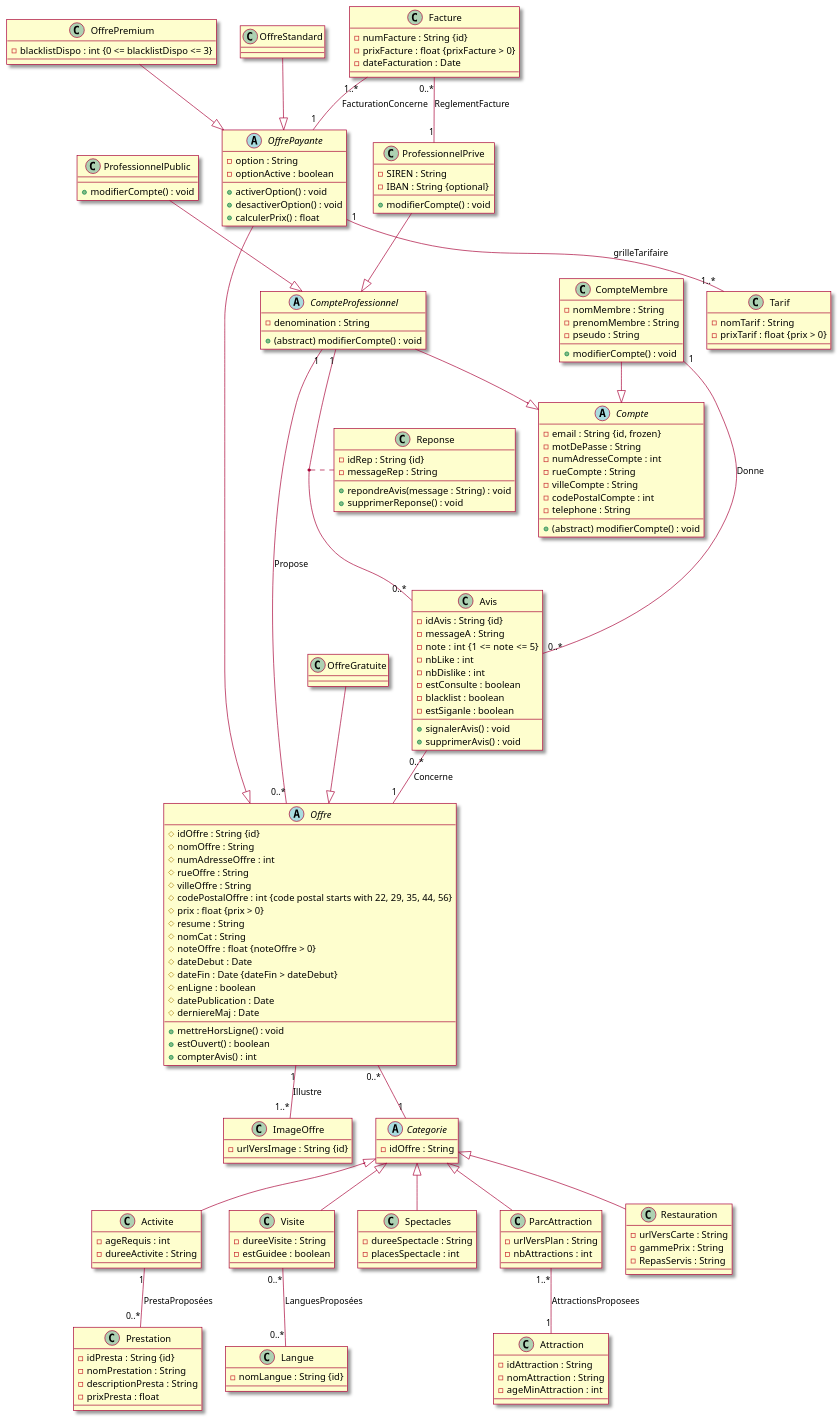
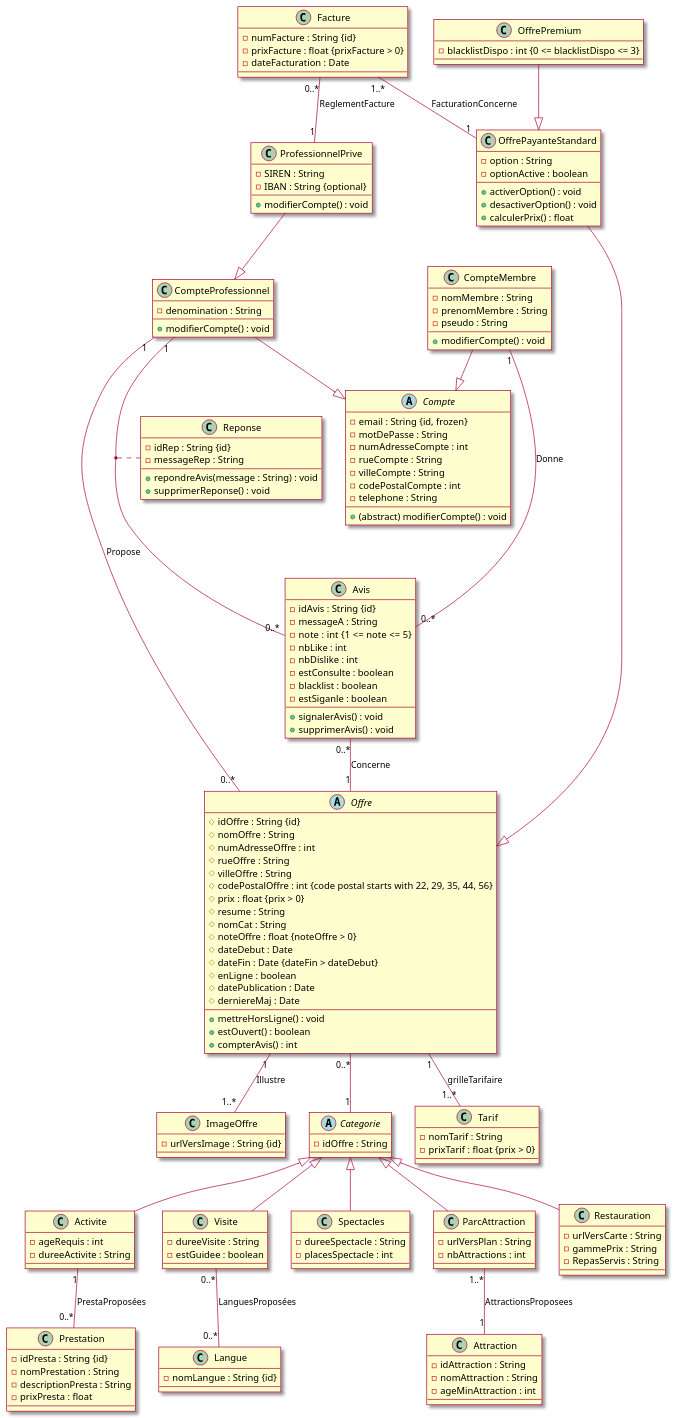
Before and after one commit to ArianeGL/c1.2-srfc: the diagram in bdd/uml.puml, drawn with PlantUML. The commit also changed 1 other file, not shown here.

Commit message:
removed ProfessionnelPublic & OffreStandard

```diff
--- a/bdd/uml.puml
+++ b/bdd/uml.puml
@@ -1,198 +1,188 @@
 @startuml
 
 skin rose
 
 abstract class Compte {
   - email : String {id, frozen}
   - motDePasse : String
   - numAdresseCompte : int
   - rueCompte : String
   - villeCompte : String
   - codePostalCompte : int
   - telephone : String
   +(abstract) modifierCompte() : void
 }
 
 class CompteMembre {
   - nomMembre : String
   - prenomMembre : String
   - pseudo : String
   + modifierCompte() : void
 }
 
 
-abstract class CompteProfessionnel {
+class CompteProfessionnel {
   - denomination : String
-  + (abstract) modifierCompte() : void
+  + modifierCompte() : void
 }
 
 class ProfessionnelPrive {
   - SIREN : String
   - IBAN : String {optional}
   + modifierCompte() : void
 }
 
-class ProfessionnelPublic {
-  + modifierCompte() : void
-}
-
-ProfessionnelPublic --|> CompteProfessionnel
 ProfessionnelPrive --|> CompteProfessionnel
 
 CompteMembre --|> Compte
 CompteProfessionnel --|> Compte
 
 abstract class Offre {
   # idOffre : String {id}
   # nomOffre : String
   # numAdresseOffre : int
   # rueOffre : String
   # villeOffre : String
   # codePostalOffre : int {code postal starts with 22, 29, 35, 44, 56}
   # prix : float {prix > 0}
   # resume : String
   # nomCat : String
   # noteOffre : float {noteOffre > 0}
   # dateDebut : Date
   # dateFin : Date {dateFin > dateDebut}
   # enLigne : boolean
   # datePublication : Date
   # derniereMaj : Date
   + mettreHorsLigne() : void
   + estOuvert() : boolean
   + compterAvis() : int
 }
 
 class ImageOffre {
   - urlVersImage : String {id}
 }
 
 Offre "1" -- "1..*" ImageOffre: Illustre
 
 abstract class Categorie {
   - idOffre : String
 }
 
 class Activite{
   - ageRequis : int
   - dureeActivite : String
 }
 
 class Prestation {
   - idPresta : String {id}
   - nomPrestation : String
   - descriptionPresta : String
   - prixPresta : float
 }
 
 Activite "1" -- "0..*" Prestation : PrestaProposées
 
 class Visite {
   - dureeVisite : String
   - estGuidee : boolean
 }
 
 class Langue {
   - nomLangue : String {id}
 }
 
 Visite "0..*" -- "0..*" Langue : LanguesProposées
 
 class Spectacles {
   - dureeSpectacle : String
   - placesSpectacle : int
   
 }
 
 class ParcAttraction {
   - urlVersPlan : String
   - nbAttractions : int
 }
 
 class Attraction {
   - idAttraction : String
   - nomAttraction : String
   - ageMinAttraction : int
 }
 
 ParcAttraction "1..*" -- "1" Attraction : AttractionsProposees
 
 class Restauration {
   - urlVersCarte : String
   - gammePrix : String
   - RepasServis : String
 }
 
 Categorie <|-- Activite
 Categorie <|-- Visite
 Categorie <|-- Spectacles
 Categorie <|-- ParcAttraction
 Categorie <|-- Restauration
 
 Offre "0..*" -- "1" Categorie
 
-abstract class OffrePayante {
+class OffrePayanteStandard {
   - option : String
   - optionActive : boolean
   + activerOption() : void
   + desactiverOption() : void
   + calculerPrix() : float
 }
 
 class Tarif {
   - nomTarif : String
   - prixTarif : float {prix > 0}
 }
 
-OffrePayante "1" -- "1..*" Tarif : grilleTarifaire
+Offre "1" -- "1..*" Tarif : grilleTarifaire
 
-class OffreGratuite
 
 class OffrePremium {
   - blacklistDispo : int {0 <= blacklistDispo <= 3}
 }
 
-class OffreStandard
-OffrePayante --|> Offre
-OffreStandard --|> OffrePayante
-OffrePremium --|> OffrePayante
-OffreGratuite --|> Offre
-
+OffrePayanteStandard --|> Offre
+OffrePremium --|> OffrePayanteStandard
 
 class Avis {
   - idAvis : String {id}
   - messageA : String
   - note : int {1  <= note <= 5}
   - nbLike : int
   - nbDislike : int
   - estConsulte : boolean
   - blacklist : boolean
   - estSiganle : boolean
   + signalerAvis() : void
   + supprimerAvis() : void
 }
 
 class Reponse {
   - idRep : String {id}
   - messageRep : String
   + repondreAvis(message : String) : void
   + supprimerReponse() : void
 }
 
 CompteProfessionnel "1" -- "0..*" Offre : Propose
 CompteMembre "1" -- "0..*" Avis : Donne
 Avis "0..*" -- "1" Offre : Concerne
 
 CompteProfessionnel "1" -- "0..*" Avis
 (CompteProfessionnel, Avis) .. Reponse
 
 class Facture {
   - numFacture : String {id}
   - prixFacture : float {prixFacture > 0}
   - dateFacturation : Date
 }
 
-Facture "1..*" -- "1" OffrePayante: FacturationConcerne
+Facture "1..*" -- "1" OffrePayanteStandard: FacturationConcerne
 Facture "0..*" -- "1" ProfessionnelPrive : ReglementFacture
 
 @enduml
```
